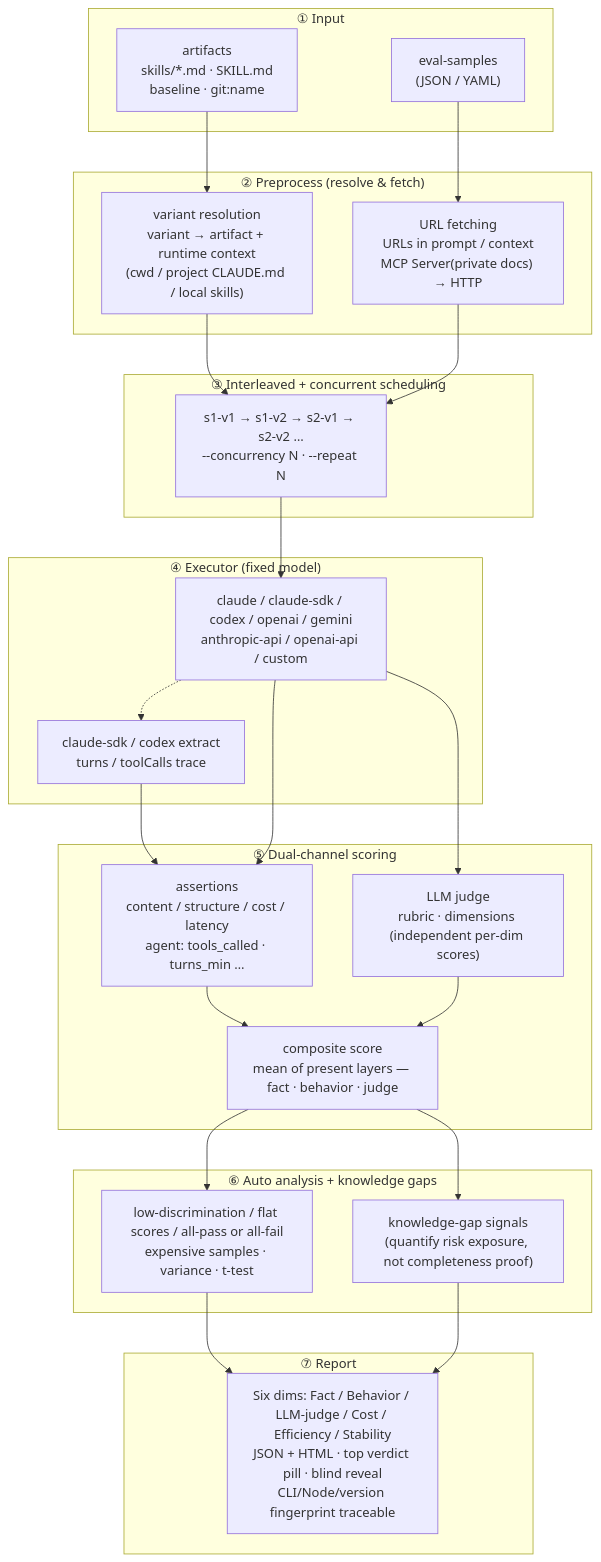
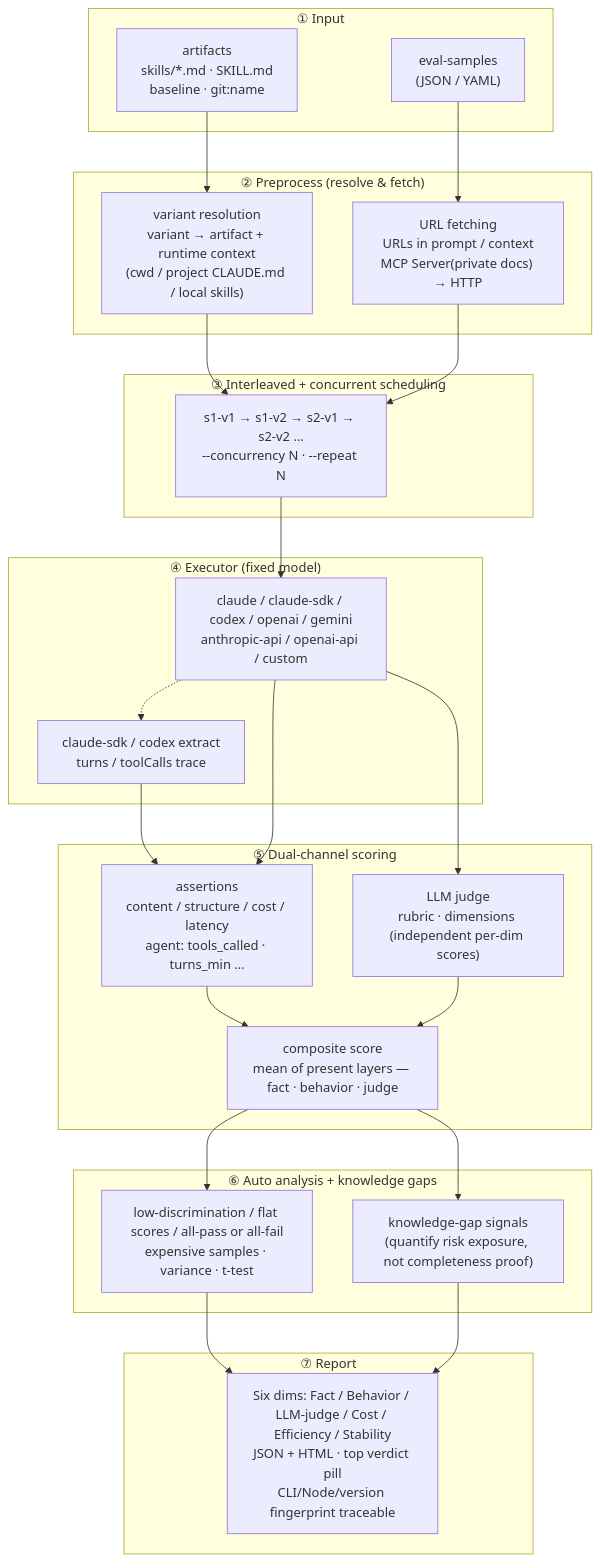
Before and after one commit to lizhiyao/oh-my-knowledge: the diagram in docs/explanation/architecture.md, drawn with Mermaid. The commit also changed 41 other files, not shown here.

First line of the commit message:
refactor(eval-core)!: 删除 judge blind 模式 (#277)

````diff
--- a/docs/explanation/architecture.md
+++ b/docs/explanation/architecture.md
@@ -5,52 +5,52 @@
 ```mermaid
 flowchart TD
     subgraph Input["① Input"]
         S["eval-samples<br/>(JSON / YAML)"]
         A["artifacts<br/>skills/*.md · SKILL.md<br/>baseline · git:name"]
     end
 
     subgraph Prep["② Preprocess (resolve & fetch)"]
         V["variant resolution<br/>variant → artifact + runtime context<br/>(cwd / project CLAUDE.md / local skills)"]
         U["URL fetching<br/>URLs in prompt / context<br/>MCP Server(private docs) → HTTP"]
     end
 
     subgraph Schedule["③ Interleaved + concurrent scheduling"]
         Q["s1-v1 → s1-v2 → s2-v1 → s2-v2 …<br/>--concurrency N · --repeat N"]
     end
 
     subgraph Exec["④ Executor (fixed model)"]
         E["claude / claude-sdk / codex / openai / gemini<br/>anthropic-api / openai-api / custom"]
         T["claude-sdk / codex extract<br/>turns / toolCalls trace"]
         E -.-> T
     end
 
     subgraph Score["⑤ Dual-channel scoring"]
         AS["assertions<br/>content / structure / cost / latency<br/>agent: tools_called · turns_min …"]
         LS["LLM judge<br/>rubric · dimensions (independent per-dim scores)"]
         CS["composite score<br/>mean of present layers — fact · behavior · judge"]
         AS --> CS
         LS --> CS
     end
 
     subgraph Analyze["⑥ Auto analysis + knowledge gaps"]
         D["low-discrimination / flat scores / all-pass or all-fail<br/>expensive samples · variance · t-test"]
         G["knowledge-gap signals<br/>(quantify risk exposure, not completeness proof)"]
     end
 
     subgraph Report["⑦ Report"]
-        R["Six dims: Fact / Behavior / LLM-judge / Cost / Efficiency / Stability<br/>JSON + HTML · top verdict pill · blind reveal<br/>CLI/Node/version fingerprint traceable"]
+        R["Six dims: Fact / Behavior / LLM-judge / Cost / Efficiency / Stability<br/>JSON + HTML · top verdict pill<br/>CLI/Node/version fingerprint traceable"]
     end
 
     S --> U
     A --> V
     V --> Q
     U --> Q
     Q --> E
     T --> AS
     E --> AS
     E --> LS
     CS --> D
     CS --> G
     D --> R
     G --> R
 ```
````
